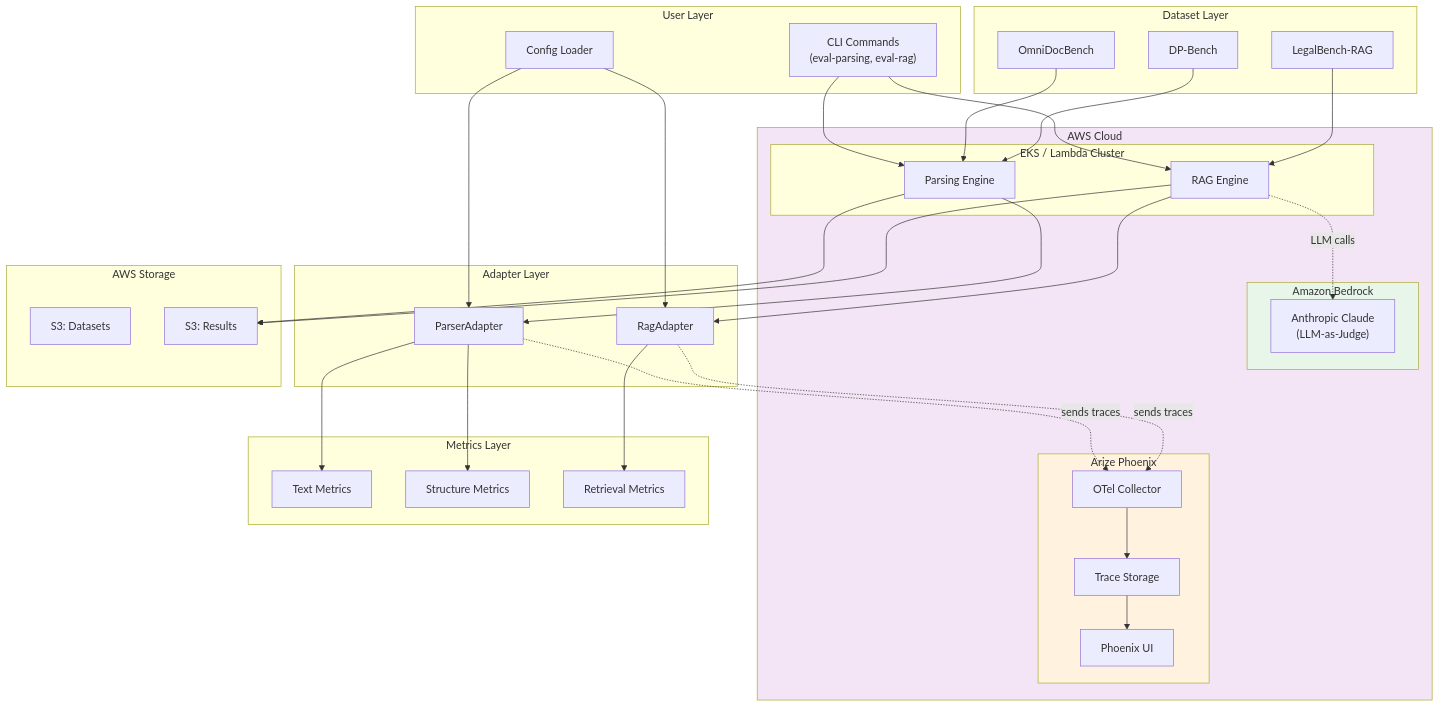
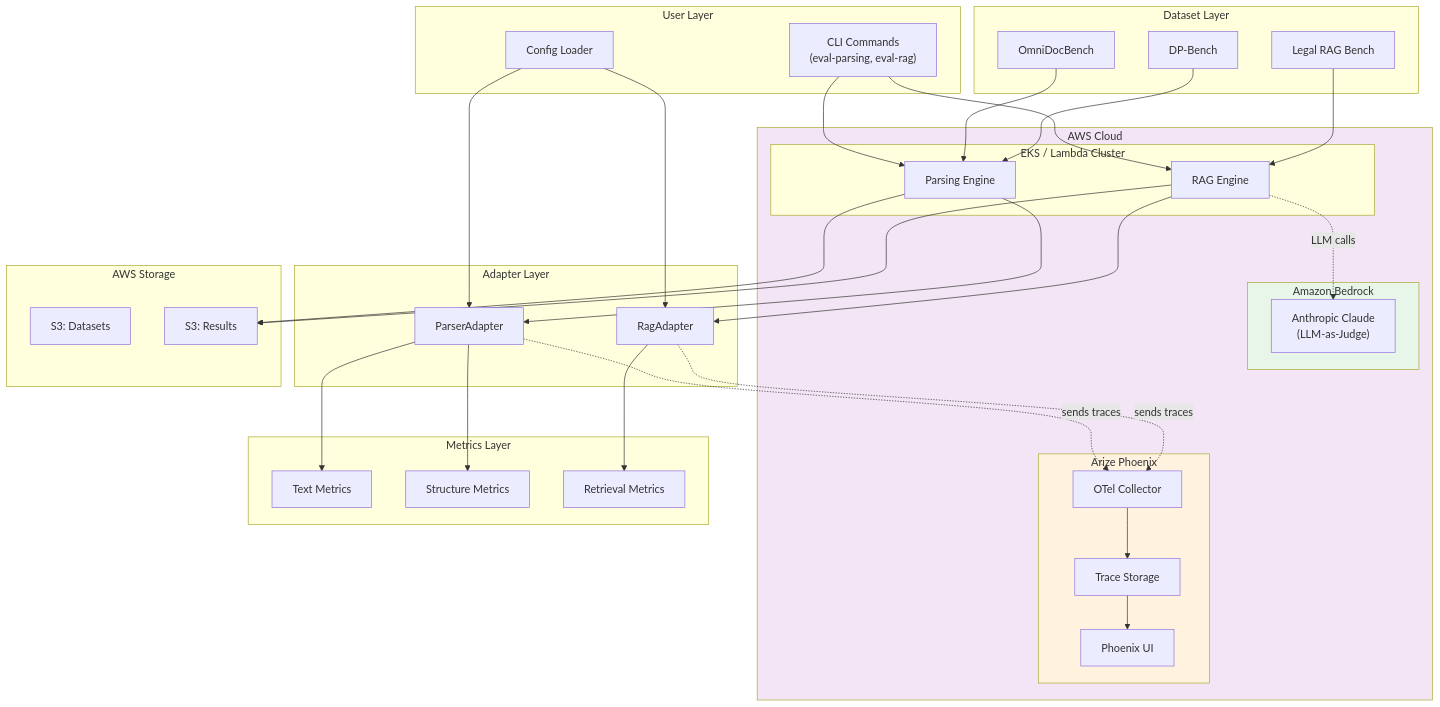
Before and after one commit to anguyenbus/eval-harness: the first of 2 diagrams in docs/design/001-architecture-overview.md, drawn with Mermaid. The commit also changed other lines of this file and 140 other files, not shown here.

````diff
--- a/docs/design/001-architecture-overview.md
+++ b/docs/design/001-architecture-overview.md
@@ -15,76 +15,76 @@
 ```mermaid
 graph TB
     subgraph User["User Layer"]
         CLI["CLI Commands<br/>(eval-parsing, eval-rag)"]
         Config["Config Loader"]
     end
 
     subgraph AWS["AWS Cloud"]
         subgraph Compute["EKS / Lambda Cluster"]
             ParsingEngine["Parsing Engine"]
             RAGEngine["RAG Engine"]
         end
 
         subgraph Bedrock["Amazon Bedrock"]
             Claude["Anthropic Claude<br/>(LLM-as-Judge)"]
         end
 
         subgraph Telemetry["Arize Phoenix"]
             Collector["OTel Collector"]
             TraceStore["Trace Storage"]
             Dashboard["Phoenix UI"]
         end
     end
 
     subgraph Adapter["Adapter Layer"]
         ParserAdapter["ParserAdapter"]
         RagAdapter["RagAdapter"]
     end
 
     subgraph Metrics["Metrics Layer"]
         TextMetrics["Text Metrics"]
         StructureMetrics["Structure Metrics"]
         RetrievalMetrics["Retrieval Metrics"]
     end
 
     subgraph Dataset["Dataset Layer"]
         OmniLoader["OmniDocBench"]
         DPLoader["DP-Bench"]
-        LegalLoader["LegalBench-RAG"]
+        LegalLoader["Legal RAG Bench"]
     end
 
     subgraph Storage["AWS Storage"]
         S3Datasets["S3: Datasets"]
         S3Results["S3: Results"]
     end
 
     CLI --> ParsingEngine
     CLI --> RAGEngine
     Config --> ParserAdapter
     Config --> RagAdapter
 
     ParsingEngine --> ParserAdapter
     RAGEngine --> RagAdapter
 
     ParserAdapter --> TextMetrics
     ParserAdapter --> StructureMetrics
     RagAdapter --> RetrievalMetrics
 
     OmniLoader --> ParsingEngine
     DPLoader --> ParsingEngine
     LegalLoader --> RAGEngine
 
     ParserAdapter -.->|"sends traces"| Collector
     RagAdapter -.->|"sends traces"| Collector
     RAGEngine -.->|"LLM calls"| Claude
 
     Collector --> TraceStore
     TraceStore --> Dashboard
 
     ParsingEngine --> S3Results
     RAGEngine --> S3Results
 
     style AWS fill:#f3e5f5
     style Telemetry fill:#fff3e0
     style Bedrock fill:#e8f5e9
 ```
````
